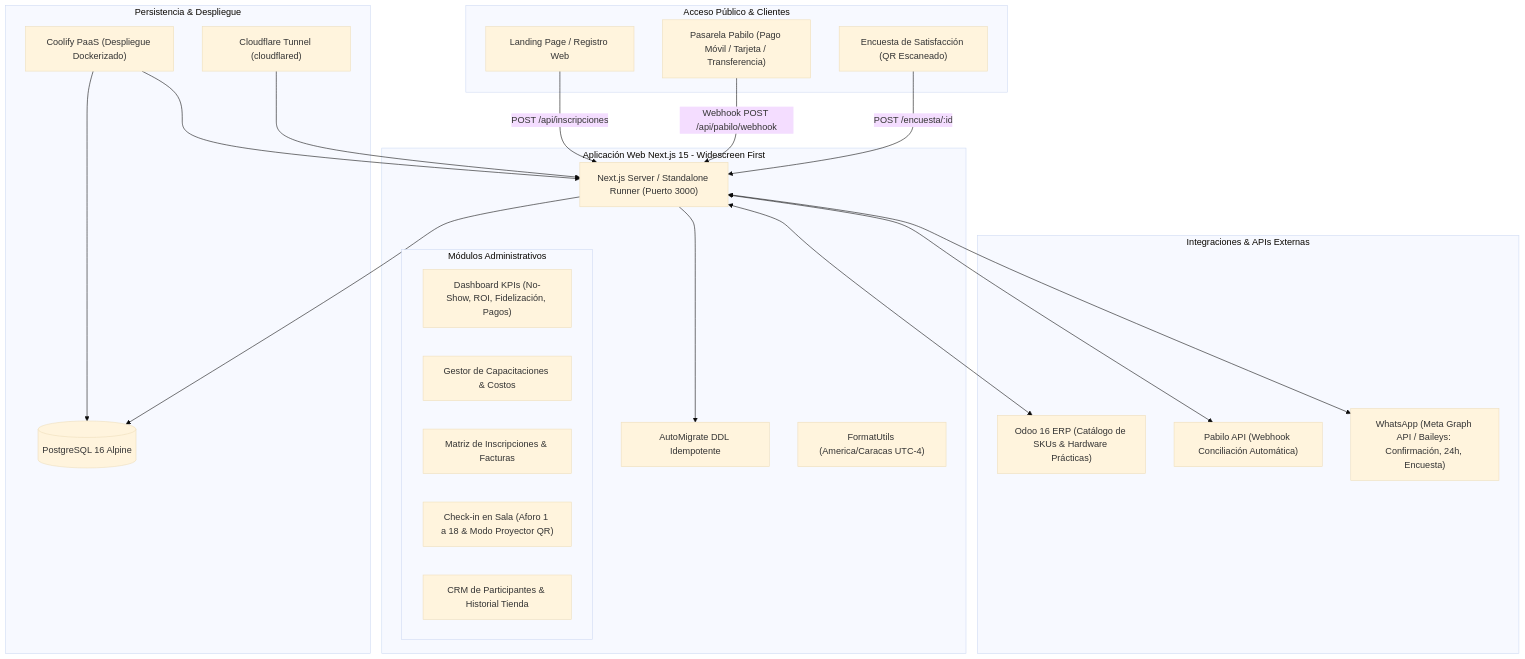
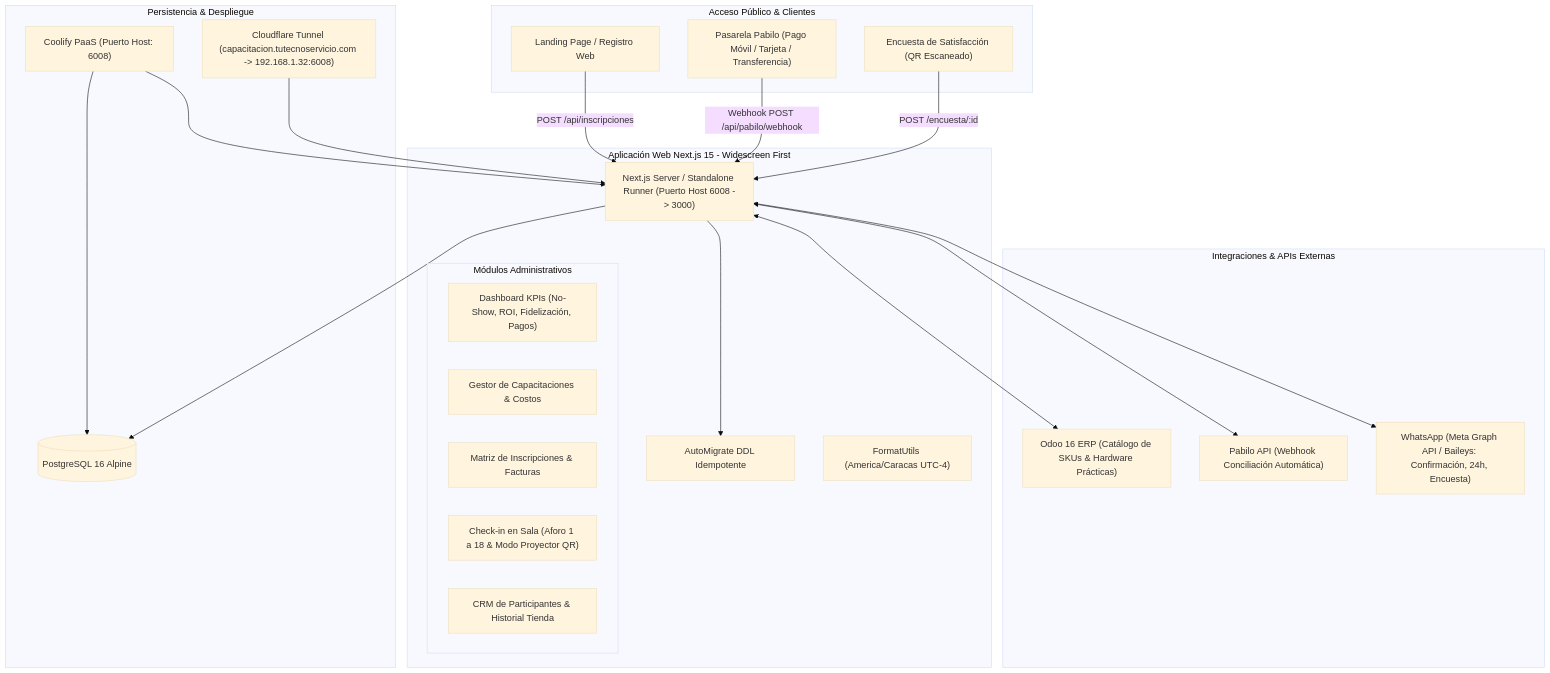
Before and after one commit to jbastardo/web-tecnoservicio: the diagram in Capacitaciones/mapa_conceptual.md, drawn with Mermaid (base theme). The commit also changed other lines of this file and 5 other files, not shown here.

Commit message:
docs: update mapa conceptual con configuracion tunel cloudflare puerto 6008

````diff
--- a/Capacitaciones/mapa_conceptual.md
+++ b/Capacitaciones/mapa_conceptual.md
@@ -16,48 +16,48 @@
 ```mermaid
 flowchart TD
     subgraph Publico [Acceso Público & Clientes]
         Landing["Landing Page / Registro Web"]
         PabiloPay["Pasarela Pabilo (Pago Móvil / Tarjeta / Transferencia)"]
         SurveyQR["Encuesta de Satisfacción (QR Escaneado)"]
     end
 
     subgraph Core [Aplicación Web Next.js 15 - Widescreen First]
-        AppServer["Next.js Server / Standalone Runner (Puerto 3000)"]
+        AppServer["Next.js Server / Standalone Runner (Puerto Host 6008 -> 3000)"]
         AutoMigrate["AutoMigrate DDL Idempotente"]
         FormatUtils["FormatUtils (America/Caracas UTC-4)"]
         
         subgraph ModulosAdmin [Módulos Administrativos]
             DashboardKPIs["Dashboard KPIs (No-Show, ROI, Fidelización, Pagos)"]
             CapacitacionesMgr["Gestor de Capacitaciones & Costos"]
             InscripcionesMgr["Matriz de Inscripciones & Facturas"]
             CheckinMgr["Check-in en Sala (Aforo 1 a 18 & Modo Proyector QR)"]
             ParticipantesCRM["CRM de Participantes & Historial Tienda"]
         end
     end
 
     subgraph Integraciones [Integraciones & APIs Externas]
         OdooERP["Odoo 16 ERP (Catálogo de SKUs & Hardware Prácticas)"]
         PabiloAPI["Pabilo API (Webhook Conciliación Automática)"]
         WhatsAppAPI["WhatsApp (Meta Graph API / Baileys: Confirmación, 24h, Encuesta)"]
     end
 
     subgraph Database [Persistencia & Despliegue]
         PostgresDB[(PostgreSQL 16 Alpine)]
-        Coolify["Coolify PaaS (Despliegue Dockerizado)"]
-        CloudflareTunnel["Cloudflare Tunnel (cloudflared)"]
+        Coolify["Coolify PaaS (Puerto Host: 6008)"]
+        CloudflareTunnel["Cloudflare Tunnel (capacitacion.tutecnoservicio.com -> 192.168.1.32:6008)"]
     end
 
     Landing -->|POST /api/inscripciones| AppServer
     PabiloPay -->|Webhook POST /api/pabilo/webhook| AppServer
     SurveyQR -->|POST /encuesta/:id| AppServer
     
     AppServer --> AutoMigrate
     AppServer --> PostgresDB
     AppServer <--> OdooERP
     AppServer <--> PabiloAPI
     AppServer <--> WhatsAppAPI
     
     Coolify --> AppServer
     Coolify --> PostgresDB
     CloudflareTunnel --> AppServer
 ```
````
